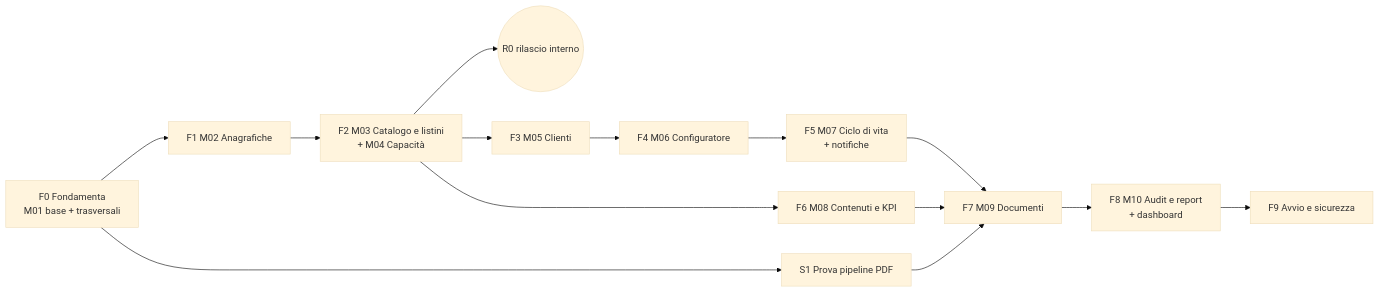
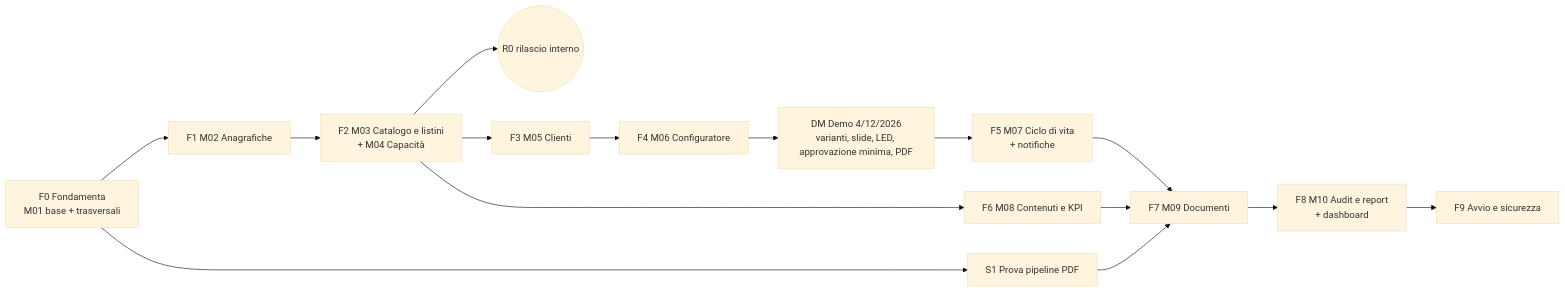
Before and after one commit to bitandsolution/infront-portale-commerciale: the diagram in docs/pianificazione.md, drawn with Mermaid (base theme). The commit also changed other lines of this file and 5 other files, not shown here.

````diff
--- a/docs/pianificazione.md
+++ b/docs/pianificazione.md
@@ -46,16 +46,17 @@
 ```mermaid
 flowchart LR
   F0[F0 Fondamenta<br/>M01 base + trasversali] --> S1[S1 Prova pipeline PDF]
   F0 --> F1[F1 M02 Anagrafiche]
   F1 --> F2[F2 M03 Catalogo e listini<br/>+ M04 Capacità]
   F2 --> R0((R0 rilascio interno))
   F2 --> F3[F3 M05 Clienti]
   F3 --> F4[F4 M06 Configuratore]
-  F4 --> F5[F5 M07 Ciclo di vita<br/>+ notifiche]
+  F4 --> DM[DM Demo 4/12/2026<br/>varianti, slide, LED, approvazione minima, PDF]
+  DM --> F5[F5 M07 Ciclo di vita<br/>+ notifiche]
   F2 --> F6[F6 M08 Contenuti e KPI]
   F5 --> F7[F7 M09 Documenti]
   F6 --> F7
   S1 --> F7
   F7 --> F8[F8 M10 Audit e report<br/>+ dashboard]
   F8 --> F9[F9 Avvio e sicurezza]
 ```
````
